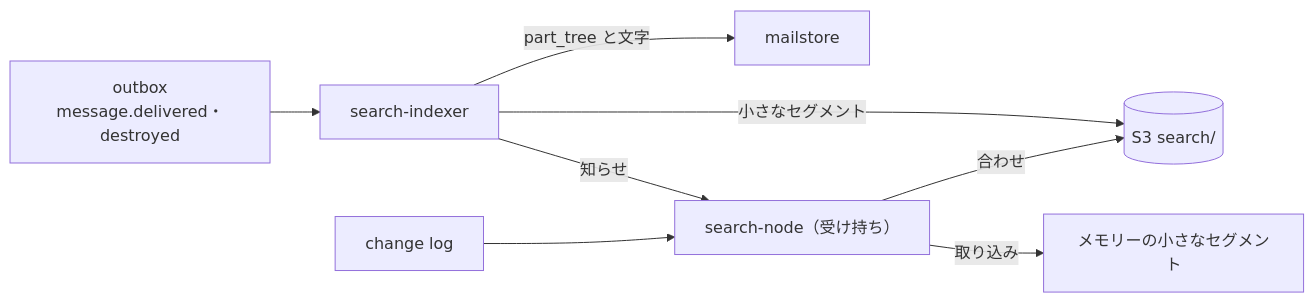
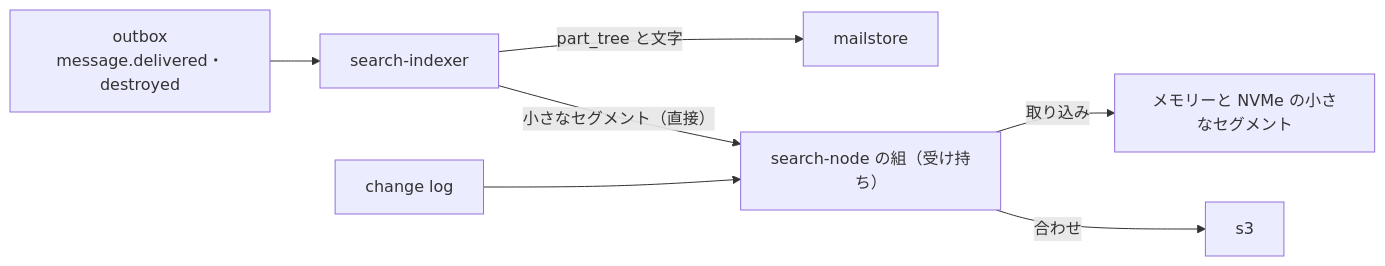
The diagram in systems/gmail/docs/architecture/search.md (shoito/rebuilds), drawn with Mermaid before and after one commit. The commit also changed other lines of this file and 46 other files, not shown here.

````diff
--- a/systems/gmail/docs/architecture/search.md
+++ b/systems/gmail/docs/architecture/search.md
@@ -221,10 +221,9 @@
 ```mermaid
 flowchart LR
     ob["outbox<br/>message.delivered・destroyed"] --> ix["search-indexer"]
     ix -->|"part_tree と文字"| ms["mailstore"]
-    ix -->|"小さなセグメント"| s3[("S3 search/")]
-    ix -->|"知らせ"| sn["search-node（受け持ち）"]
-    sn -->|"取り込み"| mem["メモリーの小さなセグメント"]
+    ix -->|"小さなセグメント（直接）"| sn["search-node の組（受け持ち）"]
+    sn -->|"取り込み"| mem["メモリーと NVMe の小さなセグメント"]
     sn -->|"合わせ"| s3
     cl["change log"] --> sn
 ```
````
